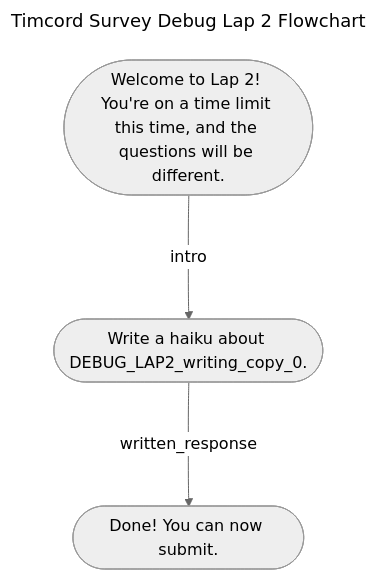
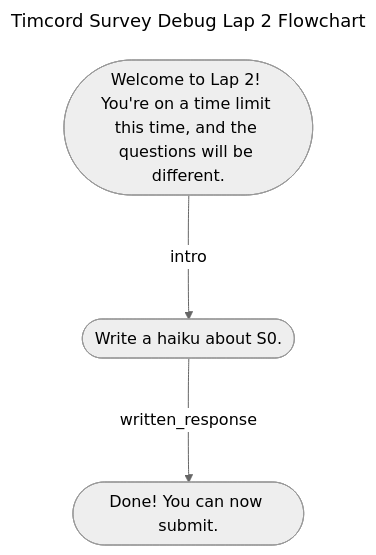
One commit to ObjectsCountries/Timcord-Survey changed the fourth of 4 diagrams in README.md. Above: the diagram before and after it, drawn with Mermaid (neutral theme). The commit also changed other lines of this file, not shown here.

Commit message:
ACTION: Update flowcharts

````diff
--- a/README.md
+++ b/README.md
@@ -64,11 +71,11 @@
 ```mermaid
 ---
 title: Timcord Survey Debug Lap 2 Flowchart
 ---
 graph TD
 debug_lap2_begin_intro(["Welcome to Lap 2! You're on a time limit this time, and the questions will be different."])
-debug_lap2_writing_copy(["Write a haiku about DEBUG_LAP2_writing_copy_0."])
+debug_lap2_writing_copy(["Write a haiku about S0."])
 debug_lap2_finish(["Done! You can now submit."])
 debug_lap2_begin_intro --->|intro| debug_lap2_writing_copy
 debug_lap2_writing_copy --->|written_response| debug_lap2_finish
 ```
````
